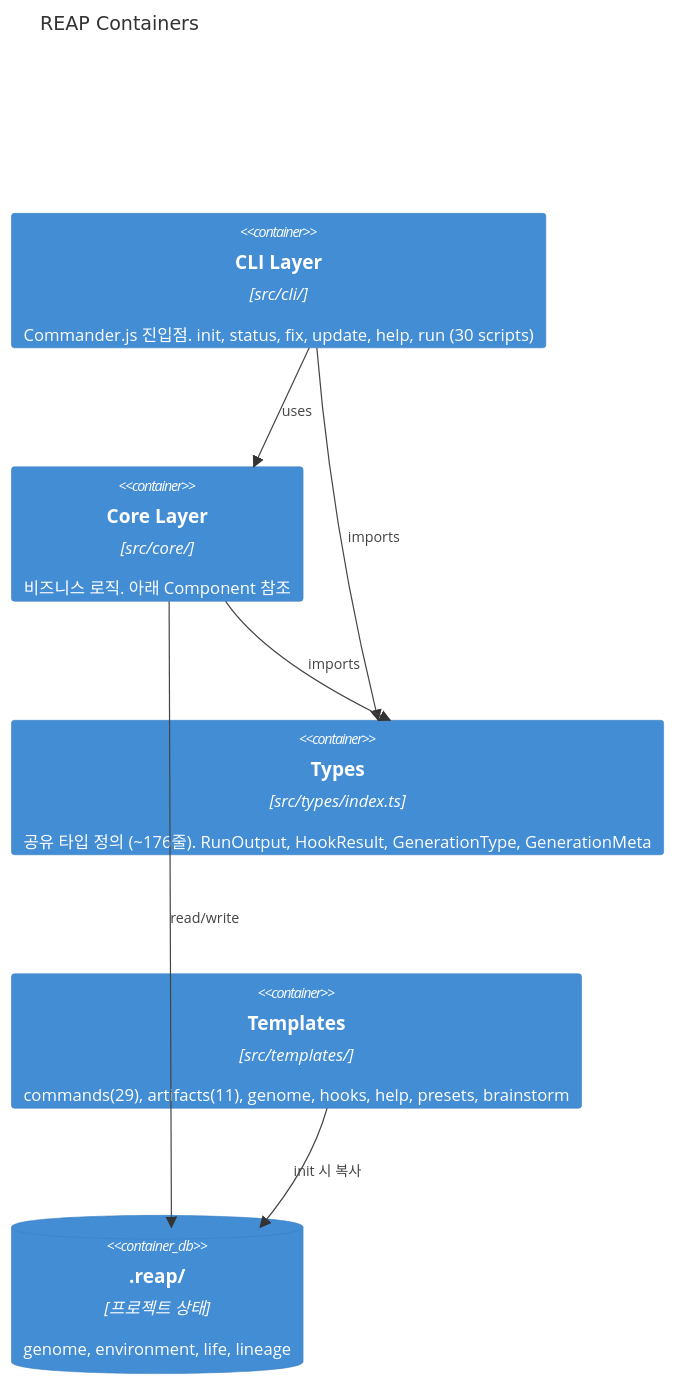
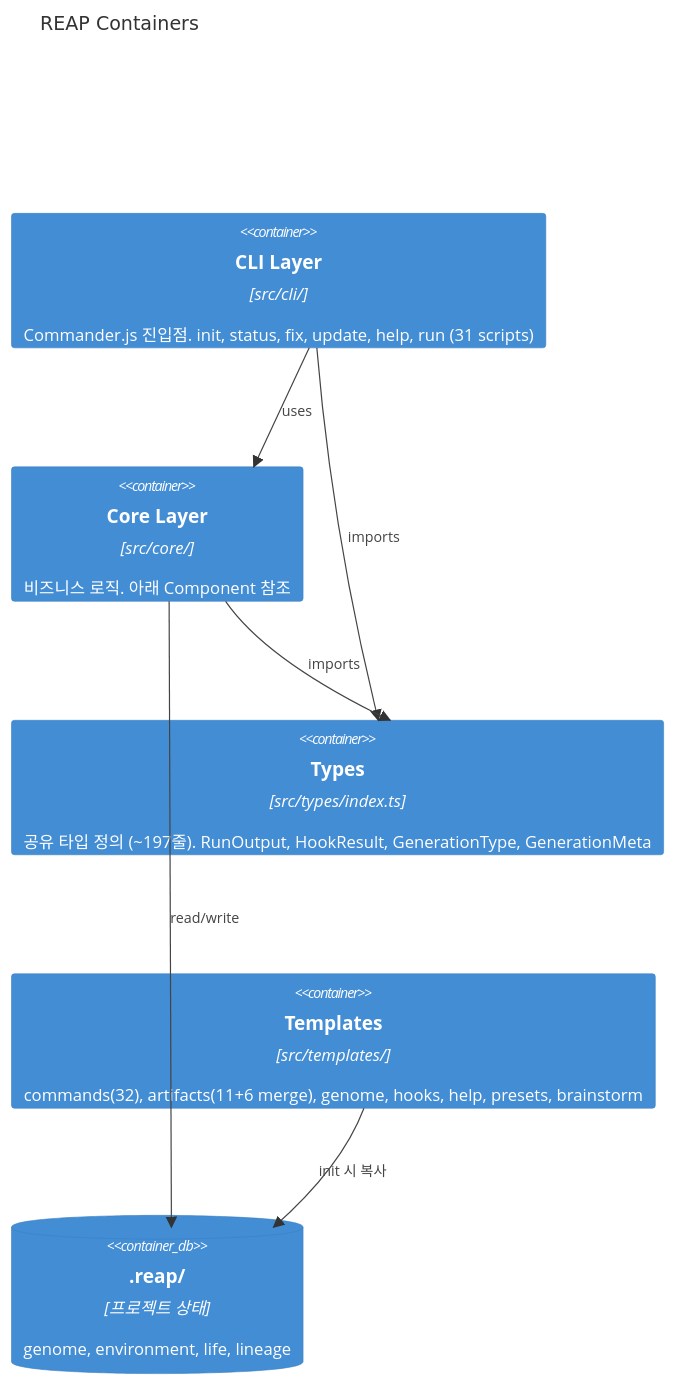
The second of 3 diagrams in .reap/genome/source-map.md (c-d-cc/reap), drawn with Mermaid before and after one commit. The commit also changed other lines of this file and 3 other files, not shown here.

Commit message:
chore: genome/environment sync — slash commands, types, test counts 업데이트

````diff
--- a/.reap/genome/source-map.md
+++ b/.reap/genome/source-map.md
@@ -29,16 +29,16 @@
 ```mermaid
 C4Container
   title REAP Containers
 
-  Container(cli, "CLI Layer", "src/cli/", "Commander.js 진입점. init, status, fix, update, help, run (30 scripts)")
+  Container(cli, "CLI Layer", "src/cli/", "Commander.js 진입점. init, status, fix, update, help, run (31 scripts)")
   Container(core, "Core Layer", "src/core/", "비즈니스 로직. 아래 Component 참조")
-  Container(types, "Types", "src/types/index.ts", "공유 타입 정의 (~176줄). RunOutput, HookResult, GenerationType, GenerationMeta")
-  Container(templates, "Templates", "src/templates/", "commands(29), artifacts(11), genome, hooks, help, presets, brainstorm")
+  Container(types, "Types", "src/types/index.ts", "공유 타입 정의 (~197줄). RunOutput, HookResult, GenerationType, GenerationMeta")
+  Container(templates, "Templates", "src/templates/", "commands(32), artifacts(11+6 merge), genome, hooks, help, presets, brainstorm")
 
   Rel(cli, core, "uses")
   Rel(cli, types, "imports")
   Rel(core, types, "imports")
   ContainerDb(reapDir, ".reap/", "프로젝트 상태", "genome, environment, life, lineage")
   Rel(core, reapDir, "read/write")
   Rel(templates, reapDir, "init 시 복사")
 ```
````
